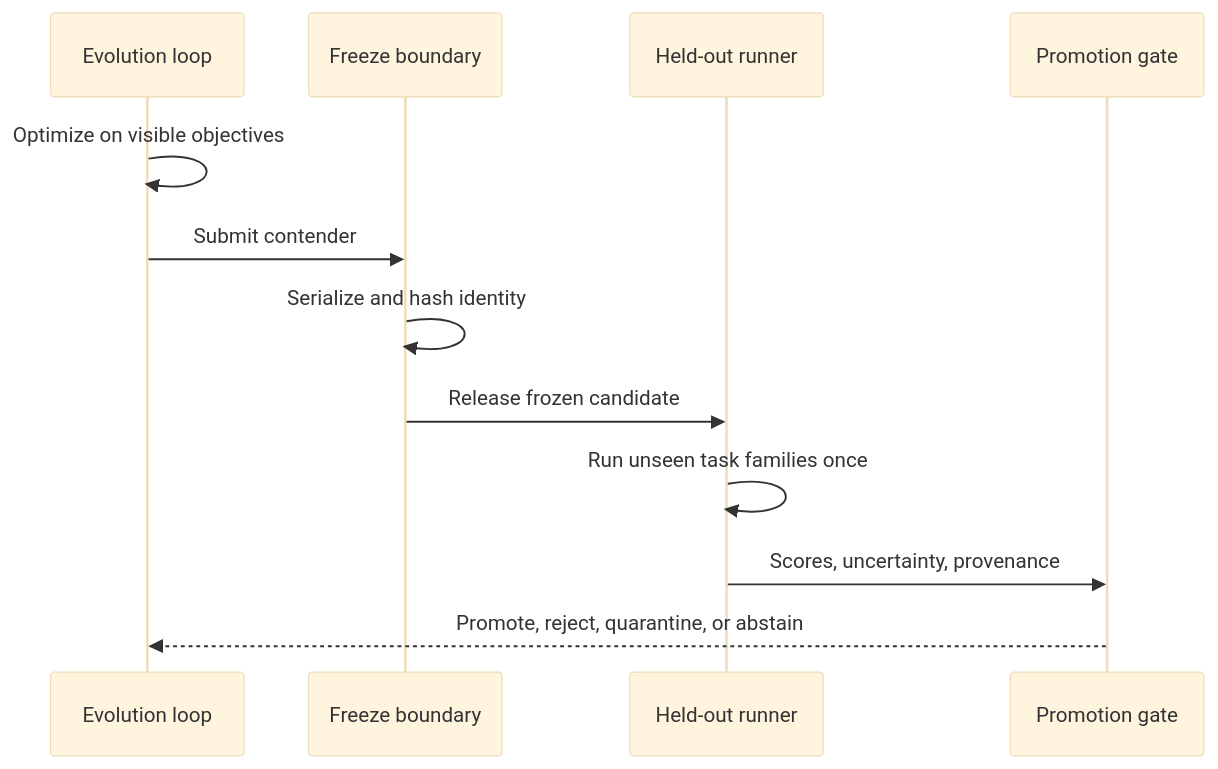
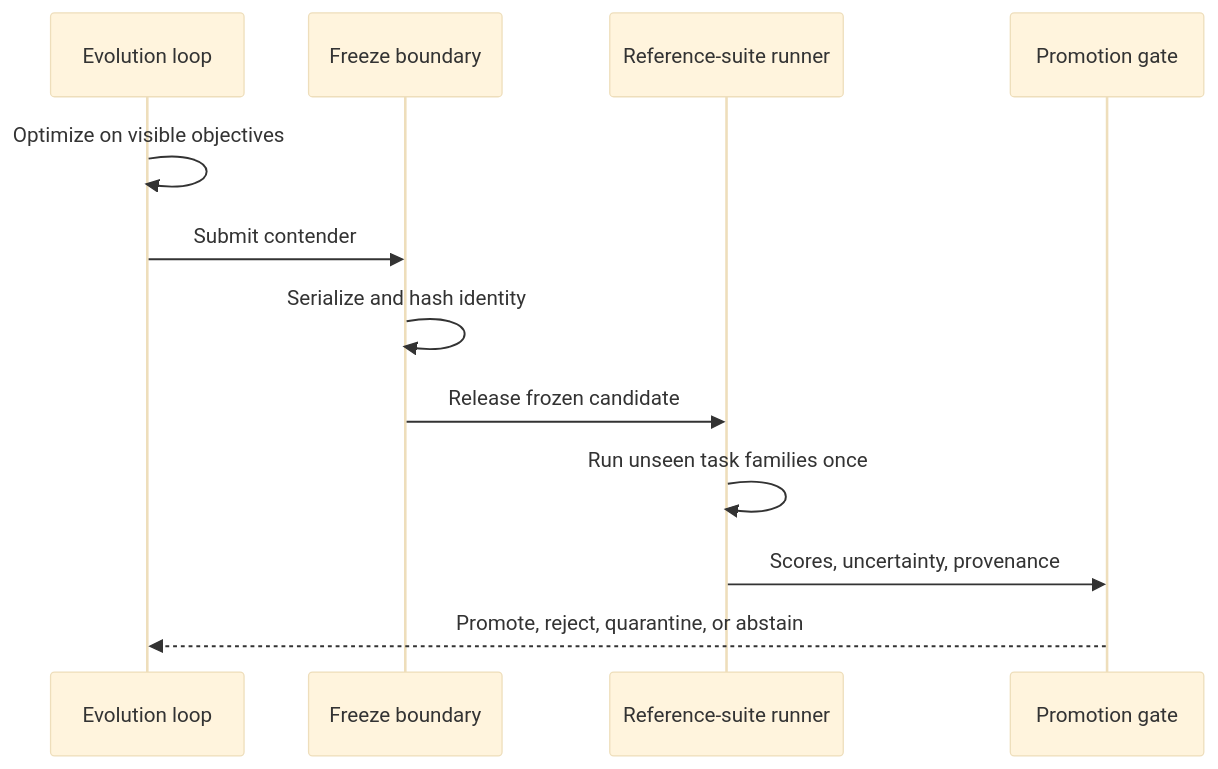
Before and after one commit to ObtuseAI/doofus: the third of 4 diagrams in README.md, drawn with Mermaid (base theme). The commit also changed other lines of this file, not shown here.

````diff
--- a/README.md
+++ b/README.md
@@ -190,15 +210,15 @@
 ```mermaid
 sequenceDiagram
     participant E as Evolution loop
     participant F as Freeze boundary
-    participant H as Held-out runner
+    participant H as Reference-suite runner
     participant G as Promotion gate
 
     E->>E: Optimize on visible objectives
     E->>F: Submit contender
     F->>F: Serialize and hash identity
     F->>H: Release frozen candidate
     H->>H: Run unseen task families once
     H->>G: Scores, uncertainty, provenance
     G-->>E: Promote, reject, quarantine, or abstain
 ```
````
